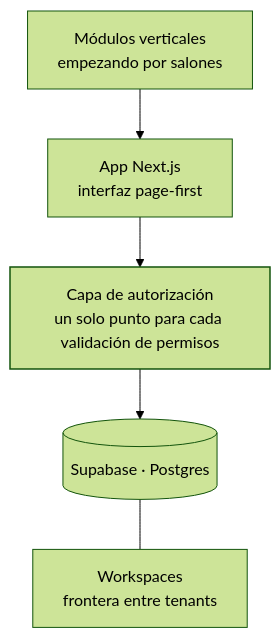
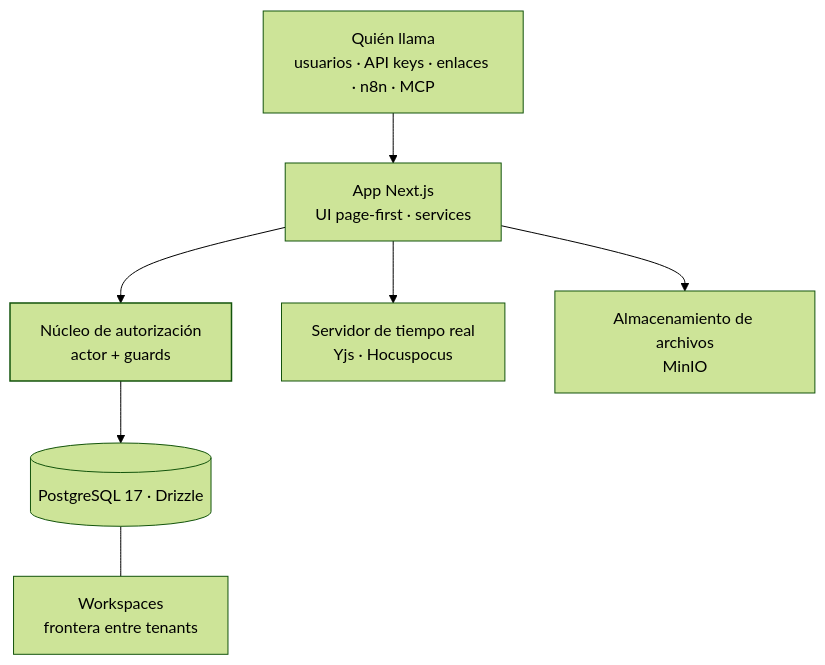
The diagram in content/es/work/corebase.mdx (BLOW3ED/dev-portfolio), drawn with Mermaid (forest theme) before and after one commit. The commit also changed other lines of this file and 38 other files, not shown here.

````diff
--- a/content/es/work/corebase.mdx
+++ b/content/es/work/corebase.mdx
@@ -33,13 +31,15 @@
 ```mermaid
 flowchart TB
   accTitle: Arquitectura de Corebase (simplificada)
-  accDescr: La app en Next.js muestra una interfaz page-first. Cada validación de permisos pasa por una sola capa de autorización antes de llegar a los datos en Supabase, organizados por workspace, que es la frontera entre tenants. Los módulos verticales, empezando por el agente para salones, se conectan a las mismas páginas.
+  accDescr: Todo quien llama — un usuario con sesión, una API key, un enlace compartido o el propio sistema — se resuelve a un actor. Los services cargan el registro, derivan su workspace y le preguntan al núcleo de autorización antes de tocar datos en Postgres a través de Drizzle. Los workspaces son la frontera entre tenants. Las páginas son el contenedor universal de bases, tablas y vistas, y un servidor aparte de tiempo real maneja la co-edición.
 
-  UI["App Next.js<br/>interfaz page-first"] --> AUTHZ["Capa de autorización<br/>un solo punto para cada validación de permisos"]
-  MOD["Módulos verticales<br/>empezando por salones"] --> UI
-  AUTHZ --> DB[("Supabase · Postgres")]
+  CALLER["Quién llama<br/>usuarios · API keys · enlaces · n8n · MCP"] --> APP["App Next.js<br/>UI page-first · services"]
+  APP --> AUTHZ["Núcleo de autorización<br/>actor + guards"]
+  AUTHZ --> DB[("PostgreSQL 17 · Drizzle")]
   DB --- WS["Workspaces<br/>frontera entre tenants"]
+  APP --> RT["Servidor de tiempo real<br/>Yjs · Hocuspocus"]
+  APP --> FILES["Almacenamiento de archivos<br/>MinIO"]
 
   classDef truth stroke-width:1.5px
   class AUTHZ truth
 ```
````
